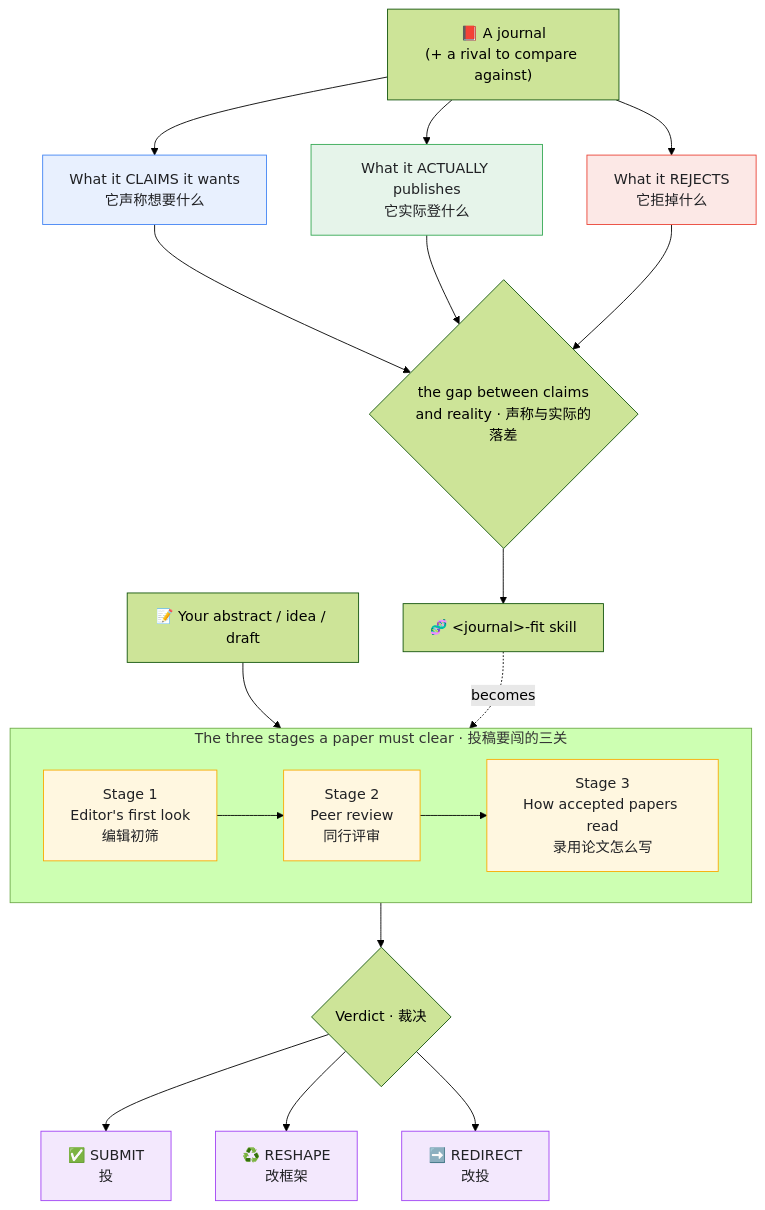
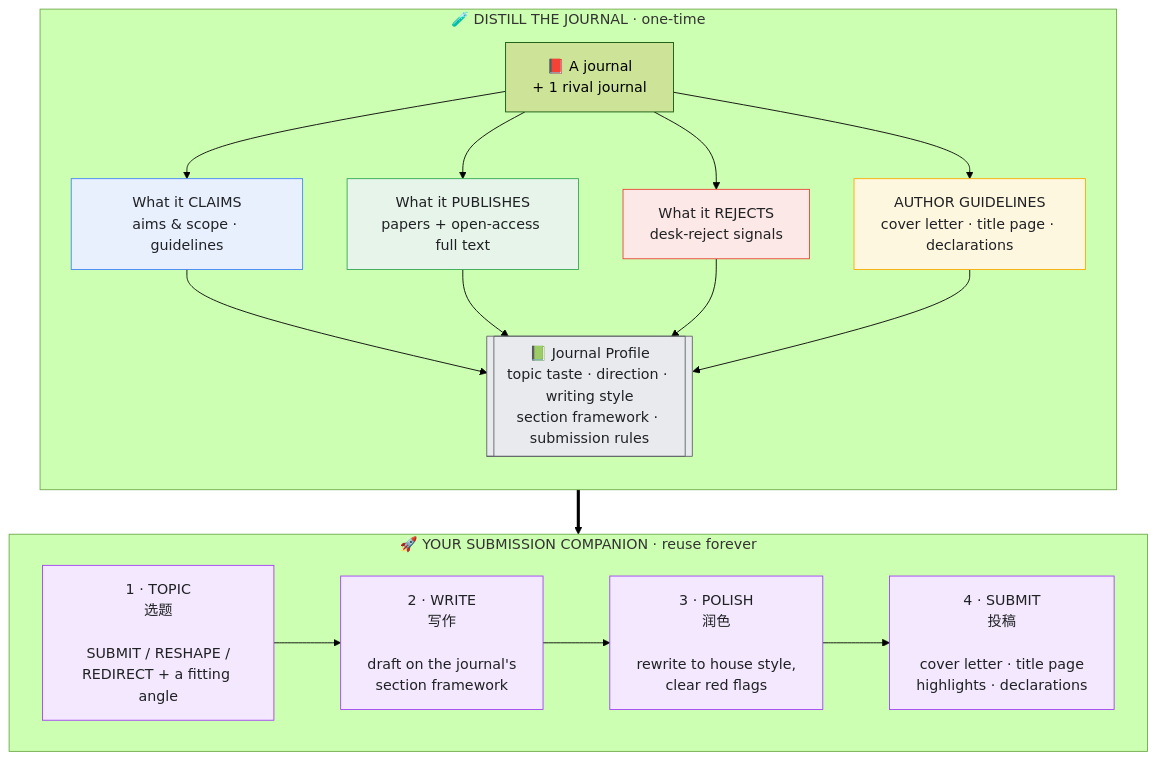
One commit to Youn-17/journal-compass changed the diagram in README.md. Above: the diagram before and after it, drawn with Mermaid (forest theme). The commit also changed other lines of this file and 7 other files, not shown here.

First line of the commit message:
Upgrade to a 4-step submission companion (TOPIC → WRITE → POLISH → SUBMIT)

````diff
--- a/README.md
+++ b/README.md
@@ -10,31 +21,38 @@
 ```mermaid
 flowchart TB
-    J["📕 A journal<br/>(+ a rival to compare against)"] --> SAY & DO & BLOCK
+    subgraph DISTILL["🧪 DISTILL THE JOURNAL · one-time"]
+      direction TB
+      J["📕 A journal<br/>+ 1 rival journal"]
+      R1["What it CLAIMS<br/>aims &amp; scope · guidelines"]:::say
+      R2["What it PUBLISHES<br/>papers + open-access full text"]:::pub
+      R3["What it REJECTS<br/>desk-reject signals"]:::rej
+      R4["AUTHOR GUIDELINES<br/>cover letter · title page · declarations"]:::gd
+      P[["📗 Journal Profile<br/>topic taste · direction · writing style<br/>section framework · submission rules"]]:::profile
+      J --> R1
+      J --> R2
+      J --> R3
+      J --> R4
+      R1 --> P
+      R2 --> P
+      R3 --> P
+      R4 --> P
+    end
 
-    SAY["What it CLAIMS it wants<br/>它声称想要什么"] --> GAP
-    DO["What it ACTUALLY publishes<br/>它实际登什么"] --> GAP
-    BLOCK["What it REJECTS<br/>它拒掉什么"] --> GAP
-    GAP{"the gap between claims<br/>and reality · 声称与实际的落差"} --> FIT["🧬 &lt;journal&gt;-fit skill"]
+    P ==> COMP
 
-    M["📝 Your abstract / idea / draft"] --> G1
-    FIT -. becomes .-> G1
-    subgraph STAGES["The three stages a paper must clear · 投稿要闯的三关"]
+    subgraph COMP["🚀 YOUR SUBMISSION COMPANION · reuse forever"]
       direction LR
-      G1["Stage 1<br/>Editor's first look<br/>编辑初筛"] --> G2["Stage 2<br/>Peer review<br/>同行评审"] --> G3["Stage 3<br/>How accepted papers read<br/>录用论文怎么写"]
+      S1["1 · TOPIC<br/>选题<br/><br/>SUBMIT / RESHAPE /<br/>REDIRECT + a fitting angle"]:::step
+      S2["2 · WRITE<br/>写作<br/><br/>draft on the journal's<br/>section framework"]:::step
+      S3["3 · POLISH<br/>润色<br/><br/>rewrite to house style,<br/>clear red flags"]:::step
+      S4["4 · SUBMIT<br/>投稿<br/><br/>cover letter · title page<br/>highlights · declarations"]:::step
+      S1 --> S2 --> S3 --> S4
     end
-    G3 --> V{"Verdict · 裁决"}
-    V --> S["✅ SUBMIT<br/>投"]
-    V --> R["♻️ RESHAPE<br/>改框架"]
-    V --> X["➡️ REDIRECT<br/>改投"]
 
-    classDef claim fill:#e8f0fe,stroke:#4285f4,color:#202124;
+    classDef say fill:#e8f0fe,stroke:#4285f4,color:#202124;
     classDef pub fill:#e6f4ea,stroke:#34a853,color:#202124;
     classDef rej fill:#fce8e6,stroke:#ea4335,color:#202124;
-    classDef stage fill:#fff7e0,stroke:#f9ab00,color:#202124;
-    classDef verdict fill:#f3e8fd,stroke:#a142f4,color:#202124;
-    class SAY claim;
-    class DO pub;
-    class BLOCK rej;
-    class G1,G2,G3 stage;
-    class S,R,X verdict;
+    classDef gd fill:#fef7e0,stroke:#f9ab00,color:#202124;
+    classDef profile fill:#e8eaed,stroke:#5f6368,color:#202124;
+    classDef step fill:#f3e8fd,stroke:#a142f4,color:#202124;
 ```
````
